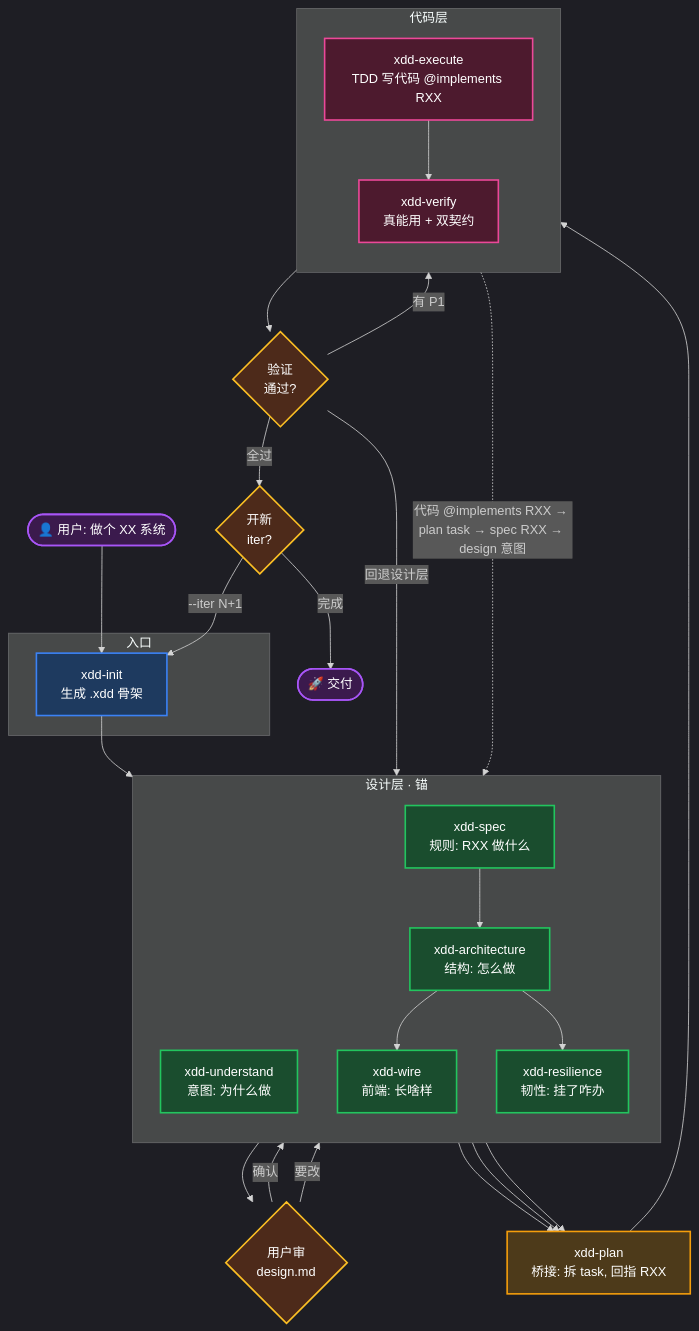
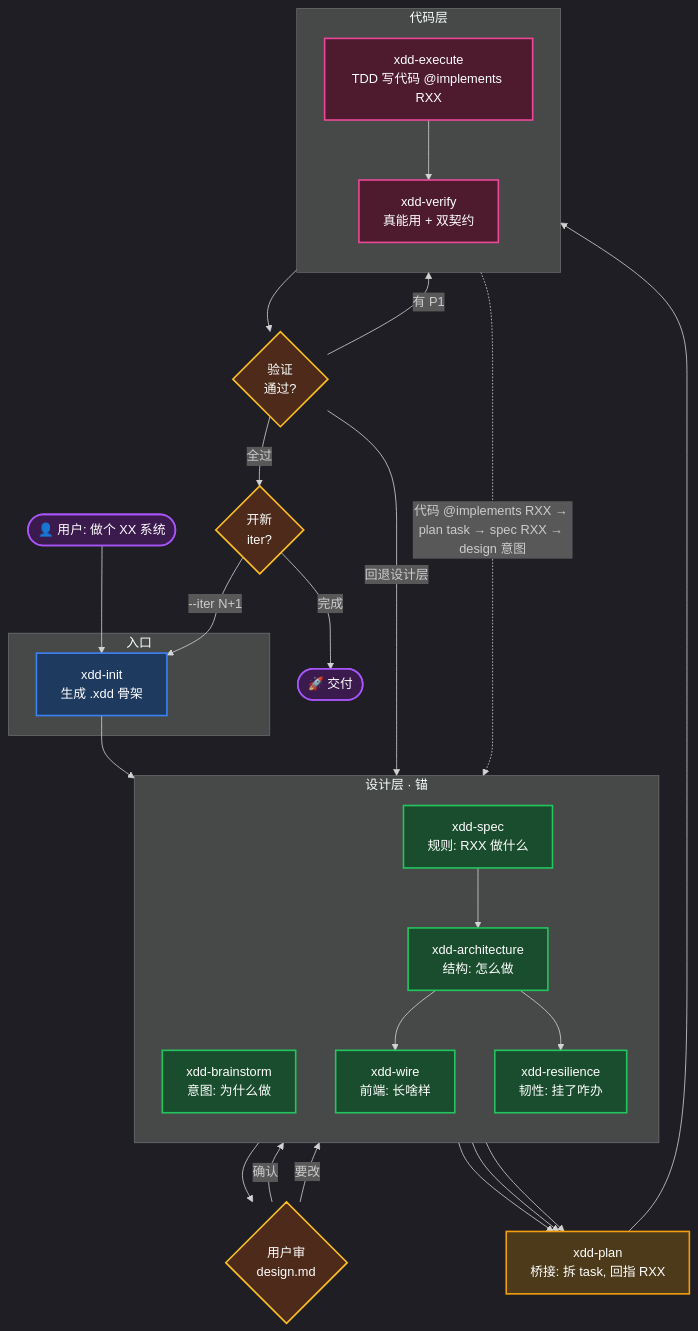
Before and after one commit to zhaochongjie666-cyber/cjxdd: the diagram in docs/xdd/flow.mermaid, drawn with Mermaid. The commit also changed 20 other files, not shown here.

```diff
--- a/docs/xdd/flow.mermaid
+++ b/docs/xdd/flow.mermaid
@@ -1,63 +1,63 @@
 %%{ init: { 'theme': 'dark' } }%%
 %% xdd 流程总览：prompt → 设计层（锚）→ 桥接 → 代码层
 %% 两道闸：① design.md 用户审；② verify 验证通过判定
 %% 详见 docs/WORKFLOW.md
 
 flowchart TD
     START(["👤 用户: 做个 XX 系统"]):::user
 
     subgraph ENTRY["入口"]
         INIT["xdd-init<br/>生成 .xdd 骨架"]:::entry
     end
 
     subgraph DESIGN_LAYER["设计层 · 锚"]
         direction TB
-        UND["xdd-understand<br/>意图: 为什么做"]:::design
+        UND["xdd-brainstorm<br/>意图: 为什么做"]:::design
         SPEC["xdd-spec<br/>规则: RXX 做什么"]:::design
         ARCH["xdd-architecture<br/>结构: 怎么做"]:::design
         WIRE["xdd-wire<br/>前端: 长啥样"]:::design
         RES["xdd-resilience<br/>韧性: 挂了咋办"]:::design
     end
 
     BRIDGE["xdd-plan<br/>桥接: 拆 task, 回指 RXX"]:::bridge
 
     subgraph CODE_LAYER["代码层"]
         direction TB
         EXEC["xdd-execute<br/>TDD 写代码 @implements RXX"]:::code
         VERIFY["xdd-verify<br/>真能用 + 双契约"]:::code
     end
 
     GATE1{"用户审<br/>design.md"}:::gate
     GATE2{"验证<br/>通过?"}:::gate
     NEXT{"开新<br/>iter?"}:::gate
     SHIP(["🚀 交付"]):::user
 
     START --> INIT
     INIT --> UND
     UND --> GATE1
     GATE1 -->|确认| SPEC
     GATE1 -->|要改| UND
     SPEC --> ARCH
     ARCH --> WIRE
     ARCH --> RES
     WIRE --> BRIDGE
     RES --> BRIDGE
     SPEC --> BRIDGE
     BRIDGE --> EXEC
     EXEC --> VERIFY
     VERIFY --> GATE2
     GATE2 -->|有 P1| EXEC
     GATE2 -->|回退设计层| DESIGN_LAYER
     GATE2 -->|全过| NEXT
     NEXT -->|--iter N+1| INIT
     NEXT -->|完成| SHIP
 
     %% 追溯闭环：每层 ID 回指上游
     VERIFY -. "代码 @implements RXX → plan task → spec RXX → design 意图" .-> UND
 
     classDef user fill:#3b1a4d,stroke:#a855f7,stroke-width:2px,color:#fff
     classDef entry fill:#1e3a5f,stroke:#3b82f6,stroke-width:2px,color:#fff
     classDef design fill:#1a4d2e,stroke:#22c55e,stroke-width:2px,color:#fff
     classDef bridge fill:#4d3a1a,stroke:#f59e0b,stroke-width:2px,color:#fff
     classDef code fill:#4d1a2e,stroke:#ec4899,stroke-width:2px,color:#fff
     classDef gate fill:#4d2a1a,stroke:#fbbf24,stroke-width:2px,color:#fff
```
